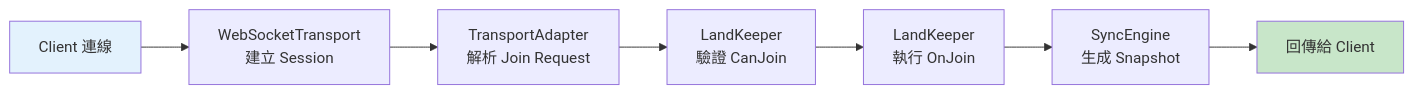
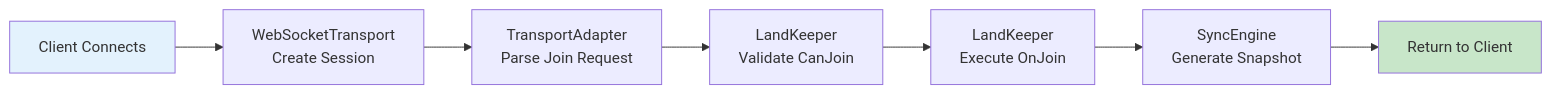
The third of 5 diagrams in docs/overview.md (gmliao/swift-state-tree), drawn with Mermaid before and after one commit. The commit also changed other lines of this file and 61 other files, not shown here.

````diff
--- a/docs/overview.md
+++ b/docs/overview.md
@@ -105,12 +107,12 @@
 ```mermaid
 graph LR
-    A[Client 連線] --> B[WebSocketTransport<br/>建立 Session]
-    B --> C[TransportAdapter<br/>解析 Join Request]
-    C --> D[LandKeeper<br/>驗證 CanJoin]
-    D --> E[LandKeeper<br/>執行 OnJoin]
-    E --> F[SyncEngine<br/>生成 Snapshot]
-    F --> G[回傳給 Client]
+    A[Client Connects] --> B[WebSocketTransport<br/>Create Session]
+    B --> C[TransportAdapter<br/>Parse Join Request]
+    C --> D[LandKeeper<br/>Validate CanJoin]
+    D --> E[LandKeeper<br/>Execute OnJoin]
+    E --> F[SyncEngine<br/>Generate Snapshot]
+    F --> G[Return to Client]
     
     style A fill:#e3f2fd
     style G fill:#c8e6c9
 ```
````
